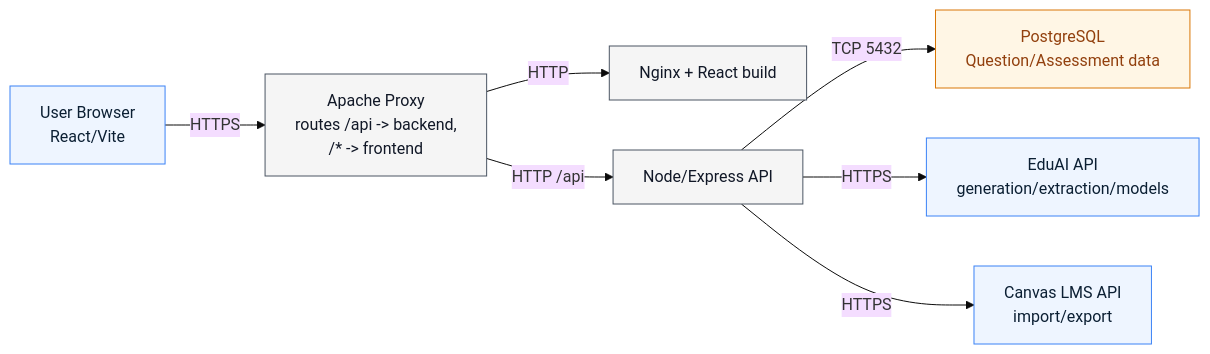
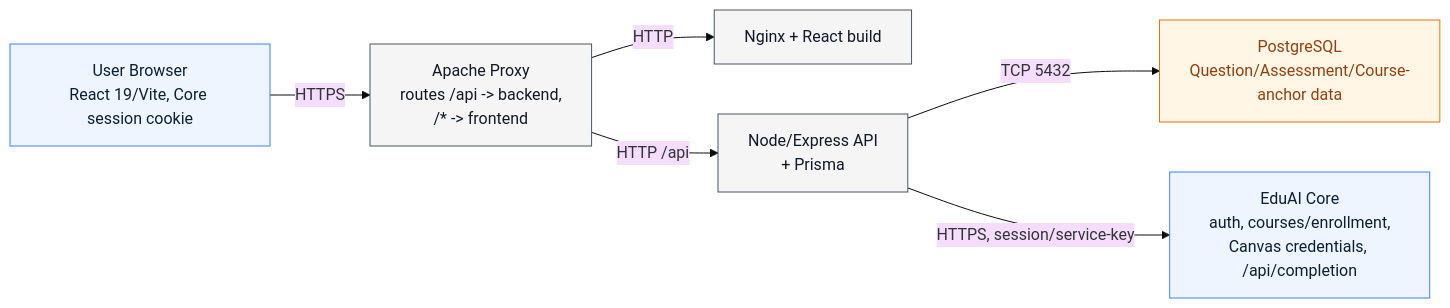
One commit to EduAI-Lab/EduAI changed the diagram in apps/extensions/question-maker/docs/DEVELOPER_GUIDE.md. Above: the diagram before and after it, drawn with Mermaid (base theme). The commit also changed other lines of this file and 17 other files, not shown here.

````diff
--- a/apps/extensions/question-maker/docs/DEVELOPER_GUIDE.md
+++ b/apps/extensions/question-maker/docs/DEVELOPER_GUIDE.md
@@ -7,14 +8,13 @@
 ```mermaid
 flowchart LR
-    User["User Browser<br/>React/Vite"] -->|HTTPS| Apache["Apache Proxy<br/>routes /api -> backend,<br/>/* -> frontend"]
+    User["User Browser<br/>React 19/Vite, Core session cookie"] -->|HTTPS| Apache["Apache Proxy<br/>routes /api -> backend,<br/>/* -> frontend"]
     Apache -->|HTTP| Frontend["Nginx + React build"]
-    Apache -->|HTTP /api| Backend["Node/Express API"]
-    Backend -->|TCP 5432| Postgres["PostgreSQL<br/>Question/Assessment data"]
-    Backend -->|HTTPS| EduAI["EduAI API<br/>generation/extraction/models"]
-    Backend -->|HTTPS| Canvas["Canvas LMS API<br/>import/export"]
+    Apache -->|HTTP /api| Backend["Node/Express API<br/>+ Prisma"]
+    Backend -->|TCP 5432| Postgres["PostgreSQL<br/>Question/Assessment/Course-anchor data"]
+    Backend -->|HTTPS, session/service-key| Core["EduAI Core<br/>auth, courses/enrollment,<br/>Canvas credentials, /api/completion"]
 
     classDef ext fill:#eef5ff,stroke:#3b82f6,stroke-width:1px,color:#0b1f33;
     classDef svc fill:#f5f5f5,stroke:#4b5563,stroke-width:1px,color:#111827;
     classDef db fill:#fff6e5,stroke:#d97706,stroke-width:1px,color:#92400e;
-    class User ext; class Apache,Frontend,Backend svc; class Postgres db; class EduAI,Canvas ext;
+    class User ext; class Apache,Frontend,Backend svc; class Postgres db; class Core ext;
 ```
````
